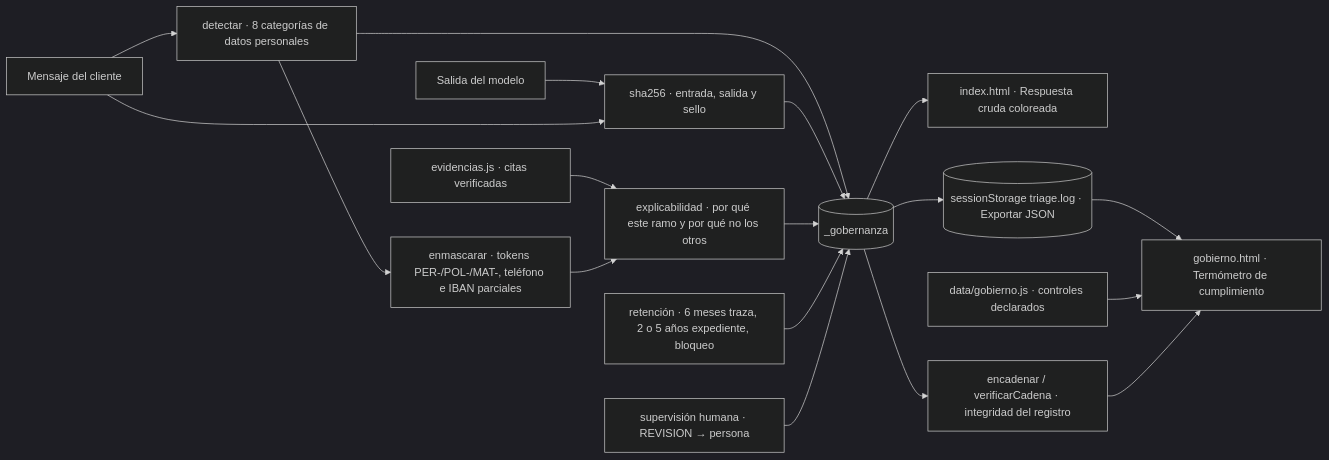
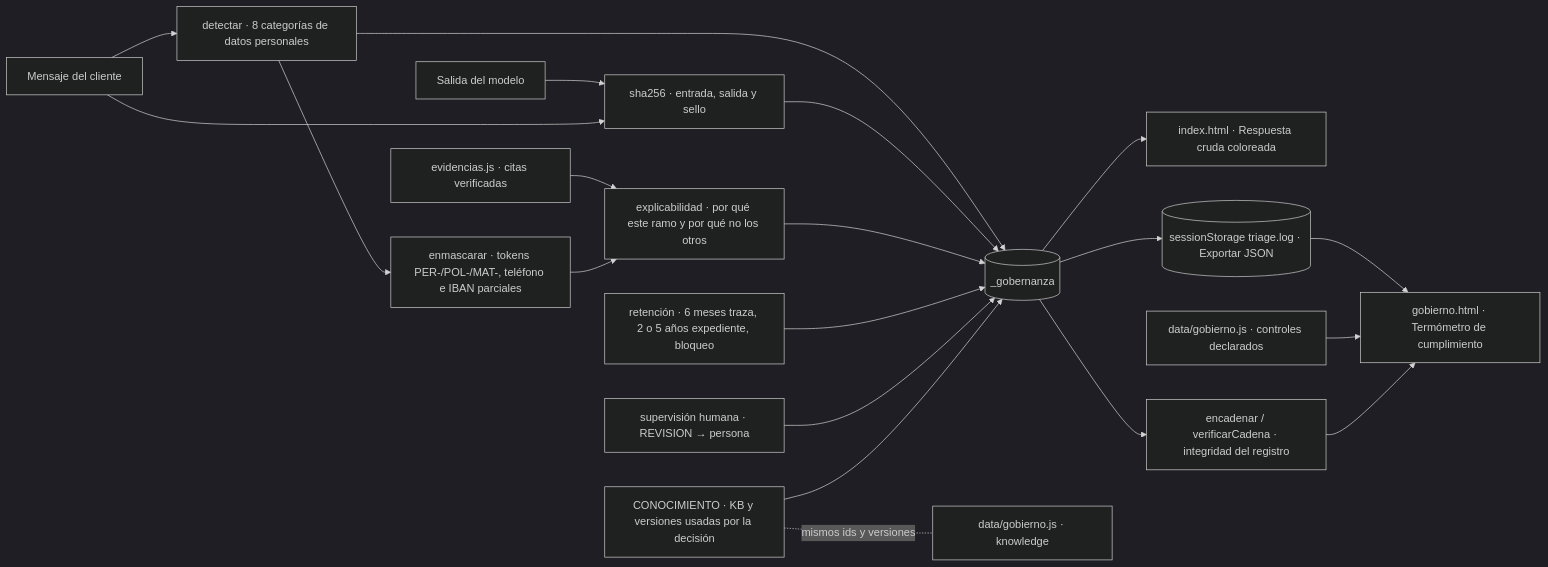
Before and after one commit to nachoenjuto/fnol-triage-v2: the fourth of 4 diagrams in _docs/arquitectura.md, drawn with Mermaid (dark theme). The commit also changed other lines of this file and 67 other files, not shown here.

````diff
--- a/_docs/arquitectura.md
+++ b/_docs/arquitectura.md
@@ -90,20 +103,22 @@
 ```mermaid
 flowchart LR
   msg[Mensaje del cliente] --> det[detectar · 8 categorías de datos personales]
   raw[Salida del modelo] --> hash[sha256 · entrada, salida y sello]
   msg --> hash
   ev[evidencias.js · citas verificadas] --> expl[explicabilidad · por qué este ramo y por qué no los otros]
   det --> masc[enmascarar · tokens PER-/POL-/MAT-, teléfono e IBAN parciales]
   masc --> expl
   det --> gob[(_gobernanza)]
   hash --> gob
   expl --> gob
   ret[retención · 6 meses traza, 2 o 5 años expediente, bloqueo] --> gob
   sup[supervisión humana · REVISION → persona] --> gob
+  kbcat[CONOCIMIENTO · KB y versiones usadas por la decisión] --> gob
+  kbcat -. mismos ids y versiones .- kbpanel[data/gobierno.js · knowledge]
   gob --> ficha[index.html · Respuesta cruda coloreada]
   gob --> log[(sessionStorage triage.log · Exportar JSON)]
   log --> panel[gobierno.html · Termómetro de cumplimiento]
   decl[data/gobierno.js · controles declarados] --> panel
   gob --> cadena[encadenar / verificarCadena · integridad del registro]
   cadena --> panel
 ```
````
